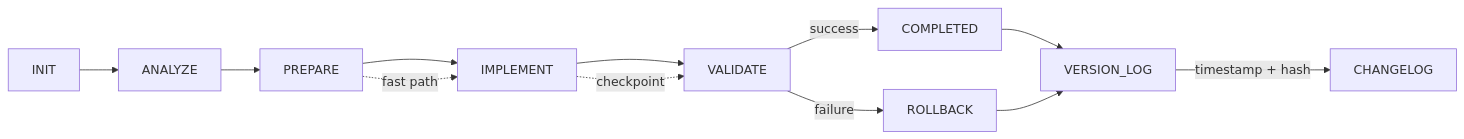
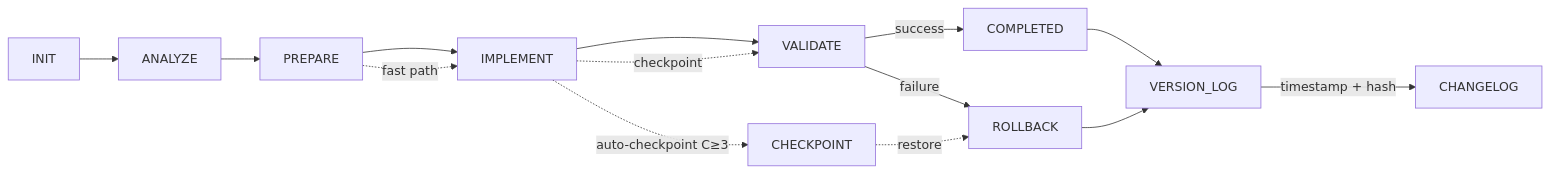
The diagram in workflow_state.md (kleosr/cursorkleosr), drawn with Mermaid before and after one commit. The commit also changed other lines of this file and 1 other file, not shown here.

First line of the commit message:
Update .gitignore and workflow_state.md for versioning and checkpoint enhancements.

````diff
--- a/workflow_state.md
+++ b/workflow_state.md
@@ -65,11 +68,13 @@
 ```mermaid
 graph LR
     INIT --> ANALYZE --> PREPARE --> IMPLEMENT --> VALIDATE
     VALIDATE -->|success| COMPLETED
     VALIDATE -->|failure| ROLLBACK
     PREPARE -.->|fast path| IMPLEMENT
+    IMPLEMENT -.->|auto-checkpoint C≥3| CHECKPOINT
     IMPLEMENT -.->|checkpoint| VALIDATE
+    CHECKPOINT -.->|restore| ROLLBACK
     COMPLETED --> VERSION_LOG
     ROLLBACK --> VERSION_LOG
     VERSION_LOG -->|timestamp + hash| CHANGELOG
 ```
````
